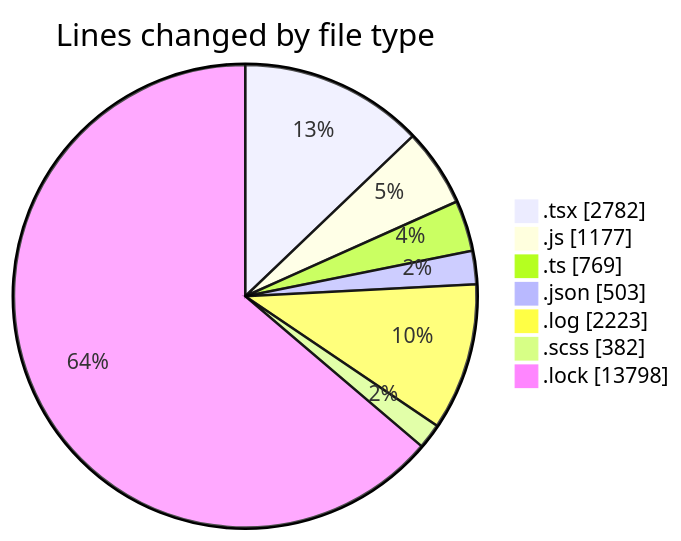
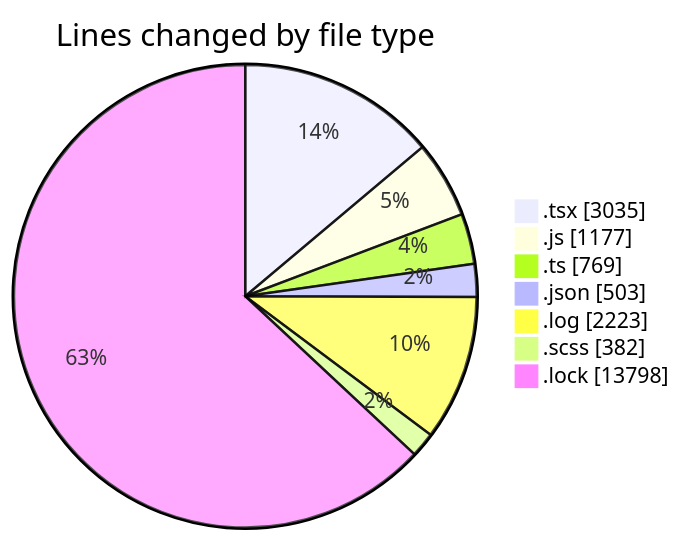
The first of 2 diagrams in 2026-04-17/cda/README.md (momahboobian/code-tracking), drawn with Mermaid before and after one commit. The commit also changed other lines of this file and 1 other file, not shown here.

````diff
--- a/2026-04-17/cda/README.md
+++ b/2026-04-17/cda/README.md
@@ -50,11 +51,11 @@
 ```mermaid
 pie showData
 title Lines changed by file type
-".tsx" : 2782
+".tsx" : 3035
 ".js" : 1177
 ".ts" : 769
 ".json" : 503
 ".log" : 2223
 ".scss" : 382
 ".lock" : 13798
 ```
````
